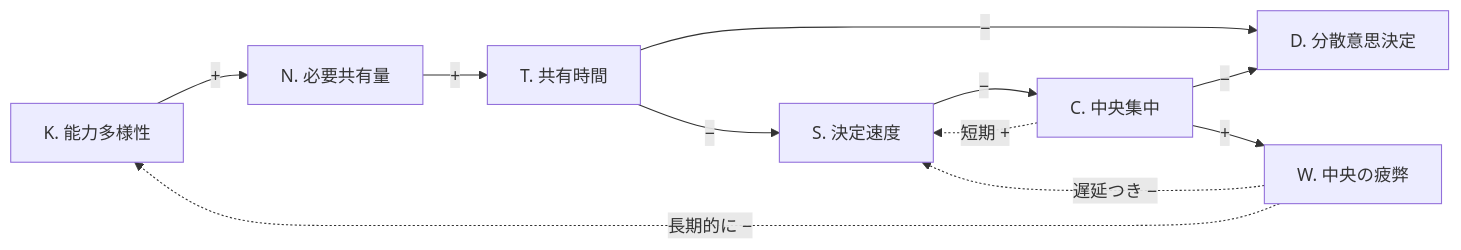
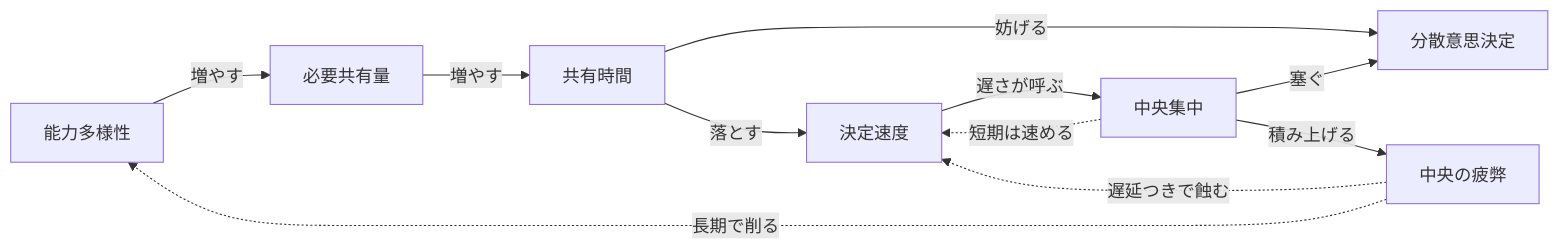
Before and after one commit to iwasa-kosui/monorepo: the third of 5 diagrams in apps/kosui-me/src/content/posts/2026-04-29-organizing-around-customer-value.mdx, drawn with Mermaid. The commit also changed other lines of this file, not shown here.

First line of the commit message:
refactor(kosui-me): 顧客価値起点の記事の因果ループ図を3段階に分割し変数記号を撤去

````diff
--- a/apps/kosui-me/src/content/posts/2026-04-29-organizing-around-customer-value.mdx
+++ b/apps/kosui-me/src/content/posts/2026-04-29-organizing-around-customer-value.mdx
@@ -20,21 +54,20 @@
 ```mermaid
 flowchart LR
-    K["K. 能力多様性"]
-    N["N. 必要共有量"]
-    T["T. 共有時間"]
-    S["S. 決定速度"]
-    C["C. 中央集中"]
-    D["D. 分散意思決定"]
-    W["W. 中央の疲弊"]
-
-    K -->|+| N
-    N -->|+| T
-    T -->|−| S
-    T -->|−| D
-    S -->|−| C
-    C -.->|短期 +| S
-    C -->|−| D
-    C -->|+| W
-    W -.->|遅延つき −| S
-    W -.->|長期的に −| K
+    A["能力多様性"]
+    B["必要共有量"]
+    C["共有時間"]
+    D["決定速度"]
+    E["分散意思決定"]
+    F["中央集中"]
+    G["中央の疲弊"]
+    A -->|増やす| B
+    B -->|増やす| C
+    C -->|落とす| D
+    C -->|妨げる| E
+    D -->|遅さが呼ぶ| F
+    F -.->|短期は速める| D
+    F -->|塞ぐ| E
+    F -->|積み上げる| G
+    G -.->|遅延つきで蝕む| D
+    G -.->|長期で削る| A
 ```
````
